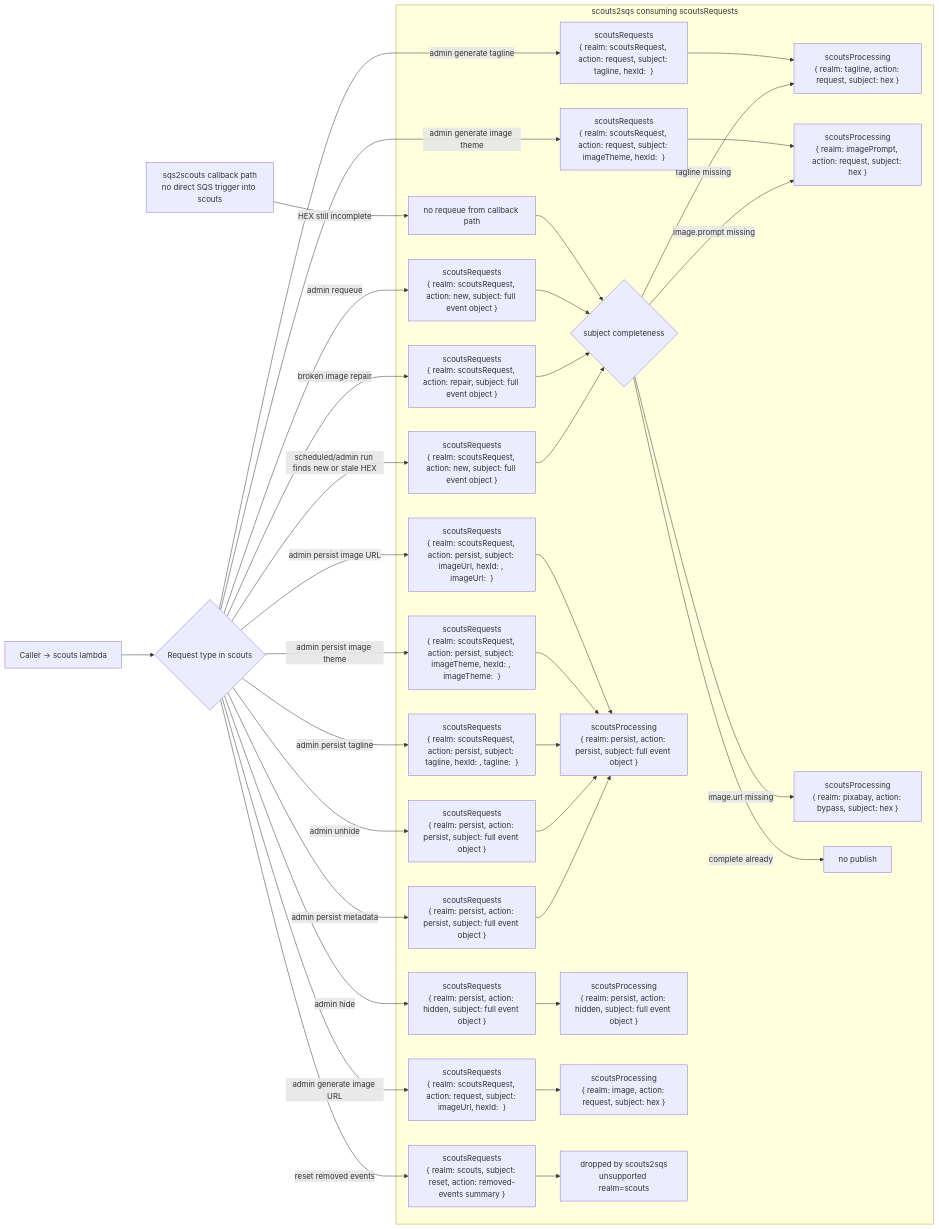
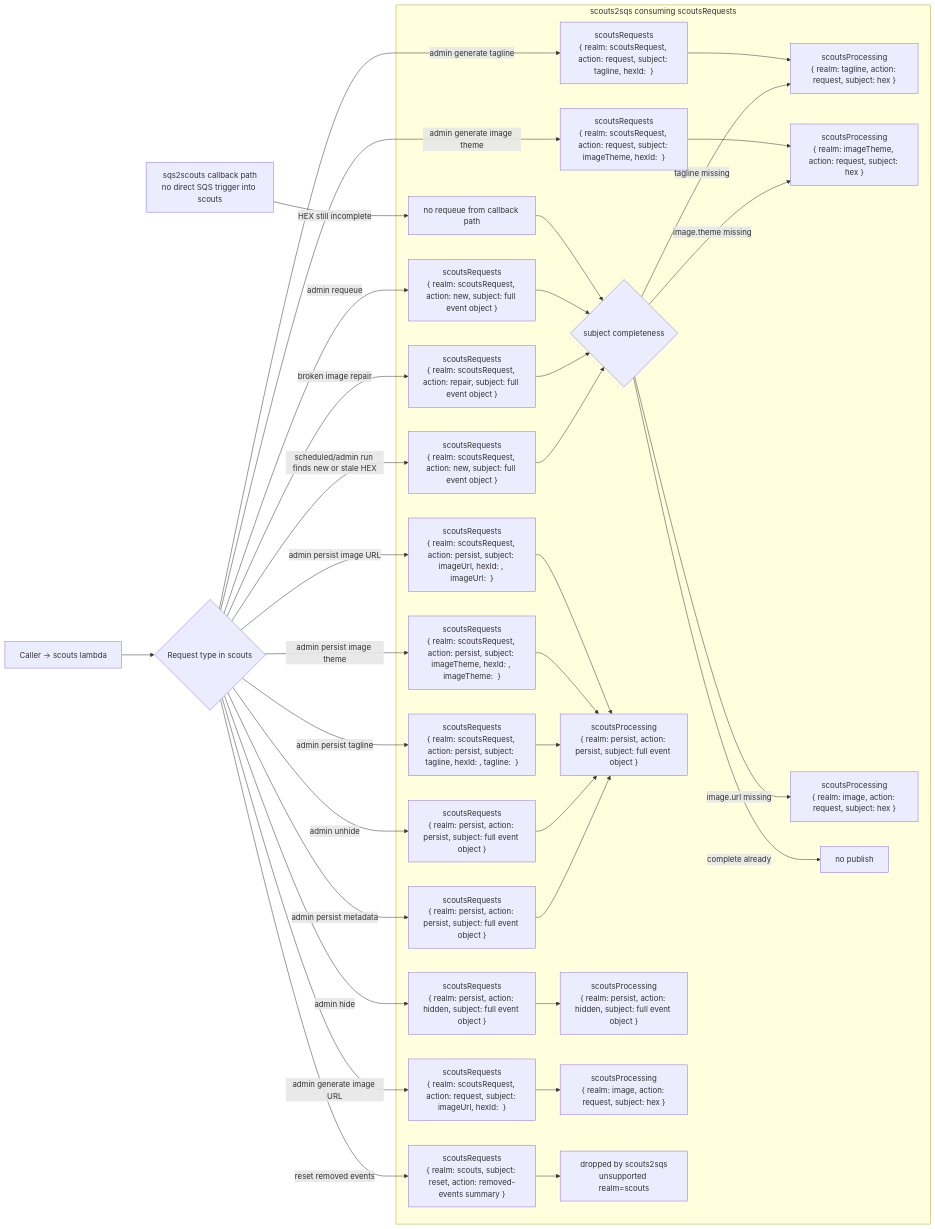
The diagram in lambdas/scouts/docs/SCOUTS-REQUEST-PIPELINE.md (antonio1000homens/scouts), drawn with Mermaid before and after one commit. The commit also changed other lines of this file and 17 other files, not shown here.

````diff
--- a/lambdas/scouts/docs/SCOUTS-REQUEST-PIPELINE.md
+++ b/lambdas/scouts/docs/SCOUTS-REQUEST-PIPELINE.md
@@ -20,43 +20,43 @@
 ```mermaid
 flowchart LR
     A["Caller -> scouts lambda"] --> B{"Request type in scouts"}
 
     B -->|"scheduled/admin run finds new or stale HEX"| Q1["scoutsRequests\n{ realm: scoutsRequest, action: new, subject: full event object }"]
     B -->|"broken image repair"| Q2["scoutsRequests\n{ realm: scoutsRequest, action: repair, subject: full event object }"]
     B -->|"admin requeue"| Q3["scoutsRequests\n{ realm: scoutsRequest, action: new, subject: full event object }"]
     B -->|"admin persist metadata"| Q4["scoutsRequests\n{ realm: persist, action: persist, subject: full event object }"]
     B -->|"admin hide"| Q5["scoutsRequests\n{ realm: persist, action: hidden, subject: full event object }"]
     B -->|"admin unhide"| Q6["scoutsRequests\n{ realm: persist, action: persist, subject: full event object }"]
     B -->|"admin generate tagline"| Q7["scoutsRequests\n{ realm: scoutsRequest, action: request, subject: tagline, hexId: <hex> }"]
     B -->|"admin generate image theme"| Q8["scoutsRequests\n{ realm: scoutsRequest, action: request, subject: imageTheme, hexId: <hex> }"]
     B -->|"admin persist tagline"| Q12["scoutsRequests\n{ realm: scoutsRequest, action: persist, subject: tagline, hexId: <hex>, tagline: <value> }"]
     B -->|"admin persist image theme"| Q13["scoutsRequests\n{ realm: scoutsRequest, action: persist, subject: imageTheme, hexId: <hex>, imageTheme: <value> }"]
     B -->|"admin generate image URL"| Q9["scoutsRequests\n{ realm: scoutsRequest, action: request, subject: imageUrl, hexId: <hex> }"]
     B -->|"admin persist image URL"| Q14["scoutsRequests\n{ realm: scoutsRequest, action: persist, subject: imageUrl, hexId: <hex>, imageUrl: <value> }"]
     B -->|"reset removed events"| Q10["scoutsRequests\n{ realm: scouts, subject: reset, action: removed-events summary }"]
 
     C["sqs2scouts callback path\nno direct SQS trigger into scouts"] -->|"HEX still incomplete"| Q11["no requeue from callback path"]
 
     subgraph D["scouts2sqs consuming scoutsRequests"]
         Q1 --> E{"subject completeness"}
         Q2 --> E
         Q3 --> E
         Q11 --> E
 
         E -->|"tagline missing"| P1["scoutsProcessing\n{ realm: tagline, action: request, subject: hex }"]
-        E -->|"image.prompt missing"| P2["scoutsProcessing\n{ realm: imagePrompt, action: request, subject: hex }"]
-        E -->|"image.url missing"| P3["scoutsProcessing\n{ realm: pixabay, action: bypass, subject: hex }"]
+        E -->|"image.theme missing"| P2["scoutsProcessing\n{ realm: imageTheme, action: request, subject: hex }"]
+        E -->|"image.url missing"| P3["scoutsProcessing\n{ realm: image, action: request, subject: hex }"]
         E -->|"complete already"| X1["no publish"]
 
         Q4 --> P4["scoutsProcessing\n{ realm: persist, action: persist, subject: full event object }"]
         Q5 --> P5["scoutsProcessing\n{ realm: persist, action: hidden, subject: full event object }"]
         Q6 --> P4
         Q7 --> P1
         Q8 --> P2
         Q12 --> P4
         Q13 --> P4
         Q9 --> P6["scoutsProcessing\n{ realm: image, action: request, subject: hex }"]
         Q14 --> P4
         Q10 --> X2["dropped by scouts2sqs\nunsupported realm=scouts"]
     end
 ```
````
